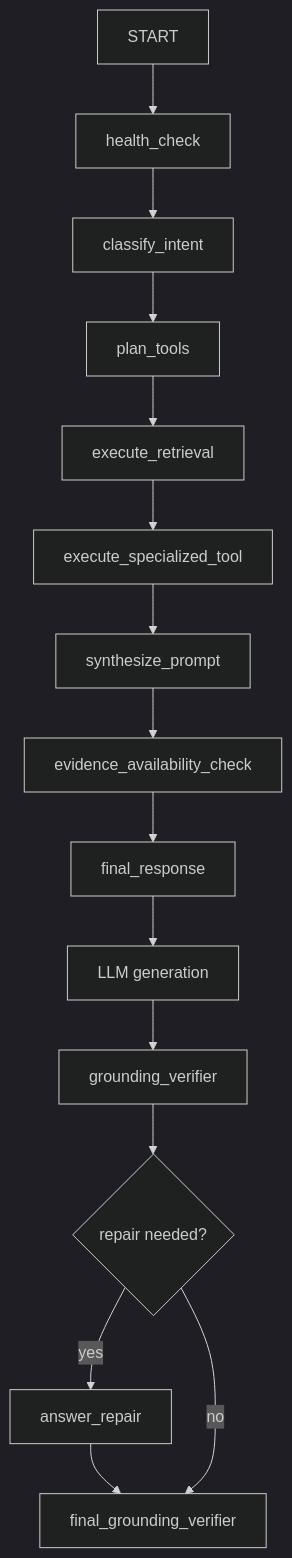
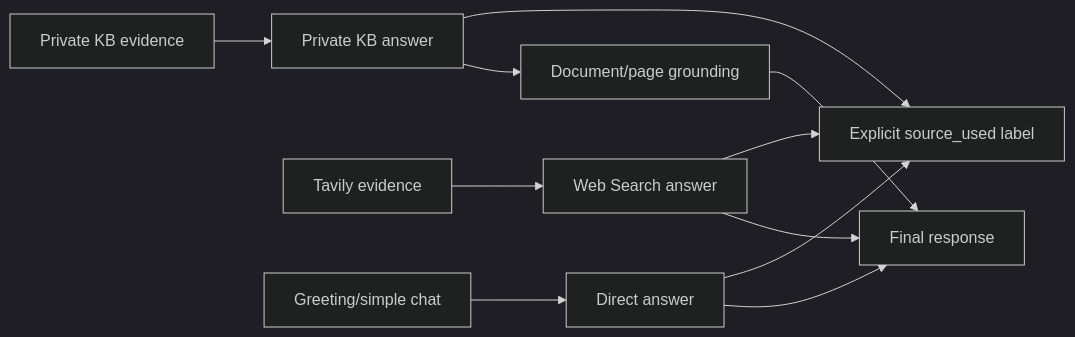
The third of 4 diagrams in README.md (tusharg007/Internal-RFP-Analyst), drawn with Mermaid (dark theme) before and after one commit. The commit also changed other lines of this file and 24 other files, not shown here.

````diff
--- a/README.md
+++ b/README.md
@@ -144,17 +115,13 @@
 ```mermaid
-flowchart TD
-    Start["START"] --> Health["health_check"]
-    Health --> Classify["classify_intent"]
-    Classify --> Plan["plan_tools"]
-    Plan --> Retrieve["execute_retrieval"]
-    Retrieve --> Tools["execute_specialized_tool"]
-    Tools --> Prompt["synthesize_prompt"]
-    Prompt --> Evidence["evidence_availability_check"]
-    Evidence --> Final["final_response"]
-    Final --> Generate["LLM generation"]
-    Generate --> Verify["grounding_verifier"]
-    Verify --> Repair{"repair needed?"}
-    Repair -->|yes| AnswerRepair["answer_repair"]
-    AnswerRepair --> FinalVerify["final_grounding_verifier"]
-    Repair -->|no| FinalVerify
+flowchart LR
+    Private["Private KB evidence"] --> PrivateAnswer["Private KB answer"]
+    Web["Tavily evidence"] --> WebAnswer["Web Search answer"]
+    Chat["Greeting/simple chat"] --> Direct["Direct answer"]
+    PrivateAnswer --> Labels["Explicit source_used label"]
+    WebAnswer --> Labels
+    Direct --> Labels
+    PrivateAnswer --> Grounding["Document/page grounding"]
+    Grounding --> Final["Final response"]
+    WebAnswer --> Final
+    Direct --> Final
 ```
````
